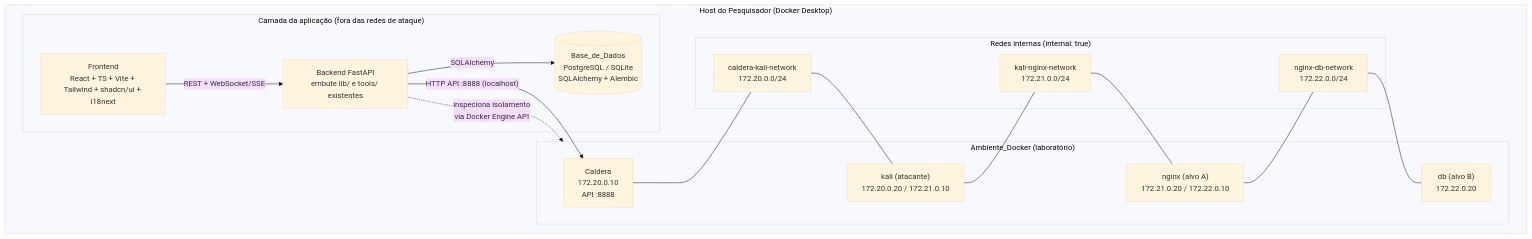
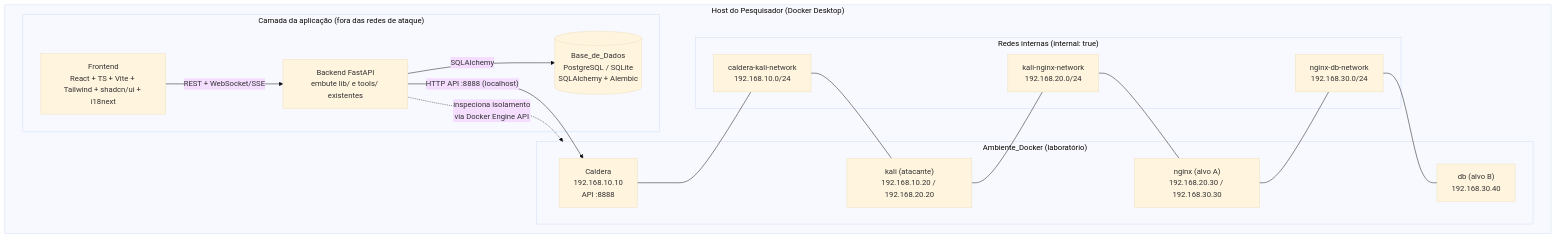
One commit to c2dc/sticks changed the first of 2 diagrams in .kiro/specs/pipeline-ui/design.md. Above: the diagram before and after it, drawn with Mermaid (base theme). The commit also changed other lines of this file and 22 other files, not shown here.

````diff
--- a/.kiro/specs/pipeline-ui/design.md
+++ b/.kiro/specs/pipeline-ui/design.md
@@ -34,32 +34,32 @@
 ```mermaid
 flowchart TB
     subgraph Host["Host do Pesquisador (Docker Desktop)"]
         subgraph UI["Camada da aplicação (fora das redes de ataque)"]
             FE["Frontend<br/>React + TS + Vite + Tailwind + shadcn/ui + i18next"]
             BE["Backend FastAPI<br/>embute lib/ e tools/ existentes"]
             DB[("Base_de_Dados<br/>PostgreSQL / SQLite<br/>SQLAlchemy + Alembic")]
         end
 
         subgraph Lab["Ambiente_Docker (laboratório)"]
-            CAL["Caldera<br/>172.20.0.10<br/>API :8888"]
-            KALI["kali (atacante)<br/>172.20.0.20 / 172.21.0.10"]
-            NGX["nginx (alvo A)<br/>172.21.0.20 / 172.22.0.10"]
-            DBLAB["db (alvo B)<br/>172.22.0.20"]
+            CAL["Caldera<br/>192.168.10.10<br/>API :8888"]
+            KALI["kali (atacante)<br/>192.168.10.20 / 192.168.20.20"]
+            NGX["nginx (alvo A)<br/>192.168.20.30 / 192.168.30.30"]
+            DBLAB["db (alvo B)<br/>192.168.30.40"]
         end
 
         subgraph Nets["Redes internas (internal: true)"]
-            N1["caldera-kali-network<br/>172.20.0.0/24"]
-            N2["kali-nginx-network<br/>172.21.0.0/24"]
-            N3["nginx-db-network<br/>172.22.0.0/24"]
+            N1["caldera-kali-network<br/>192.168.10.0/24"]
+            N2["kali-nginx-network<br/>192.168.20.0/24"]
+            N3["nginx-db-network<br/>192.168.30.0/24"]
         end
     end
 
     FE -- "REST + WebSocket/SSE" --> BE
     BE -- "SQLAlchemy" --> DB
     BE -- "HTTP API :8888 (localhost)" --> CAL
     CAL --- N1 --- KALI
     KALI --- N2 --- NGX
     NGX --- N3 --- DBLAB
 
     BE -. "inspeciona isolamento<br/>via Docker Engine API" .-> Lab
 ```
````
